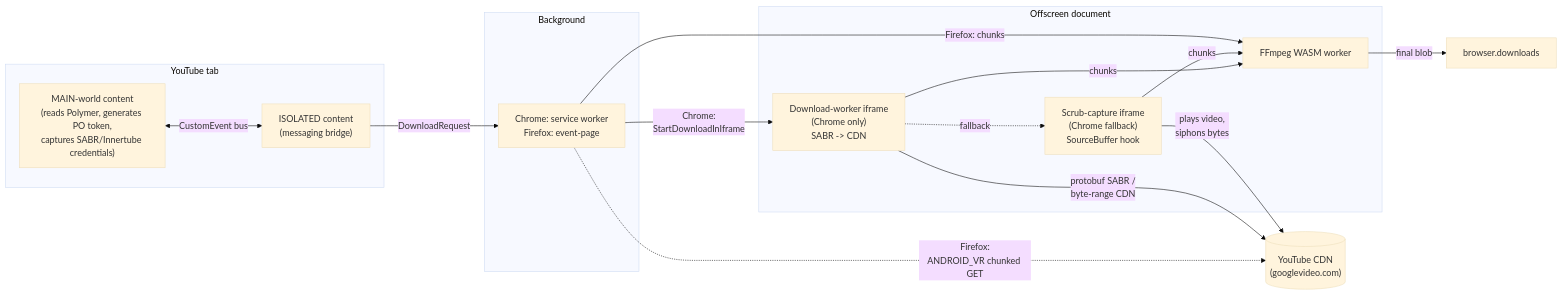
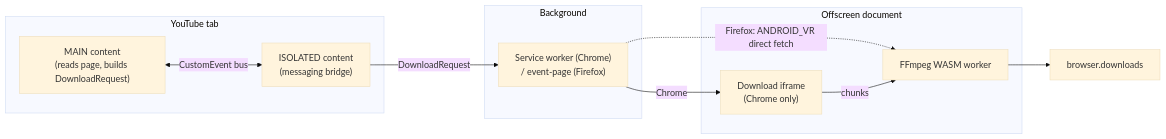
Before and after one commit to avi12/youtube-downloader: the first of 3 diagrams in ARCHITECTURE.md, drawn with Mermaid (base theme). The commit also changed other lines of this file, not shown here.

Commit message:
ARCHITECTURE: split mega-diagram into topology + 2 sequence deep dives

````diff
--- a/ARCHITECTURE.md
+++ b/ARCHITECTURE.md
@@ -9,29 +9,23 @@
 ```mermaid
 flowchart LR
-    subgraph PageCtx["YouTube tab"]
-      Main["MAIN-world content<br/>(reads Polymer, generates PO token,<br/>captures SABR/Innertube credentials)"]
+    subgraph Page["YouTube tab"]
+      Main["MAIN content<br/>(reads page, builds DownloadRequest)"]
       Iso["ISOLATED content<br/>(messaging bridge)"]
-      Main <-->|"CustomEvent bus"| Iso
     end
 
     subgraph BG["Background"]
-      SW["Chrome: service worker<br/>Firefox: event-page"]
+      SW["Service worker (Chrome)<br/>/ event-page (Firefox)"]
     end
 
     subgraph Off["Offscreen document"]
-      Worker["Download-worker iframe<br/>(Chrome only)<br/>SABR -> CDN"]
-      Scrub["Scrub-capture iframe<br/>(Chrome fallback)<br/>SourceBuffer hook"]
+      Worker["Download iframe<br/>(Chrome only)"]
       Mux["FFmpeg WASM worker"]
     end
 
+    Main <-->|"CustomEvent bus"| Iso
     Iso -->|"DownloadRequest"| SW
-    SW -->|"Chrome:<br/>StartDownloadInIframe"| Worker
-    SW -.->|"Firefox:<br/>ANDROID_VR chunked GET"| CDN[("YouTube CDN<br/>(googlevideo.com)")]
-    Worker -->|"protobuf SABR /<br/>byte-range CDN"| CDN
-    Worker -.->|"fallback"| Scrub
-    Scrub -->|"plays video,<br/>siphons bytes"| CDN
+    SW -->|"Chrome"| Worker
+    SW -.->|"Firefox: ANDROID_VR direct fetch"| Mux
     Worker -->|"chunks"| Mux
-    Scrub -->|"chunks"| Mux
-    SW -->|"Firefox: chunks"| Mux
-    Mux -->|"final blob"| Downloads["browser.downloads"]
+    Mux --> DL["browser.downloads"]
 ```
````
